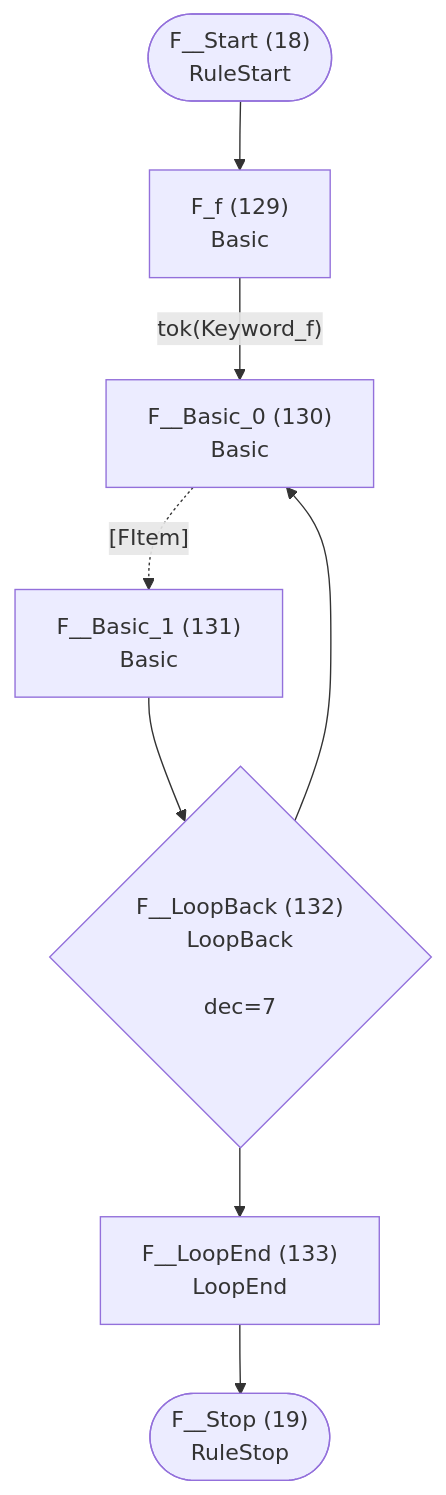
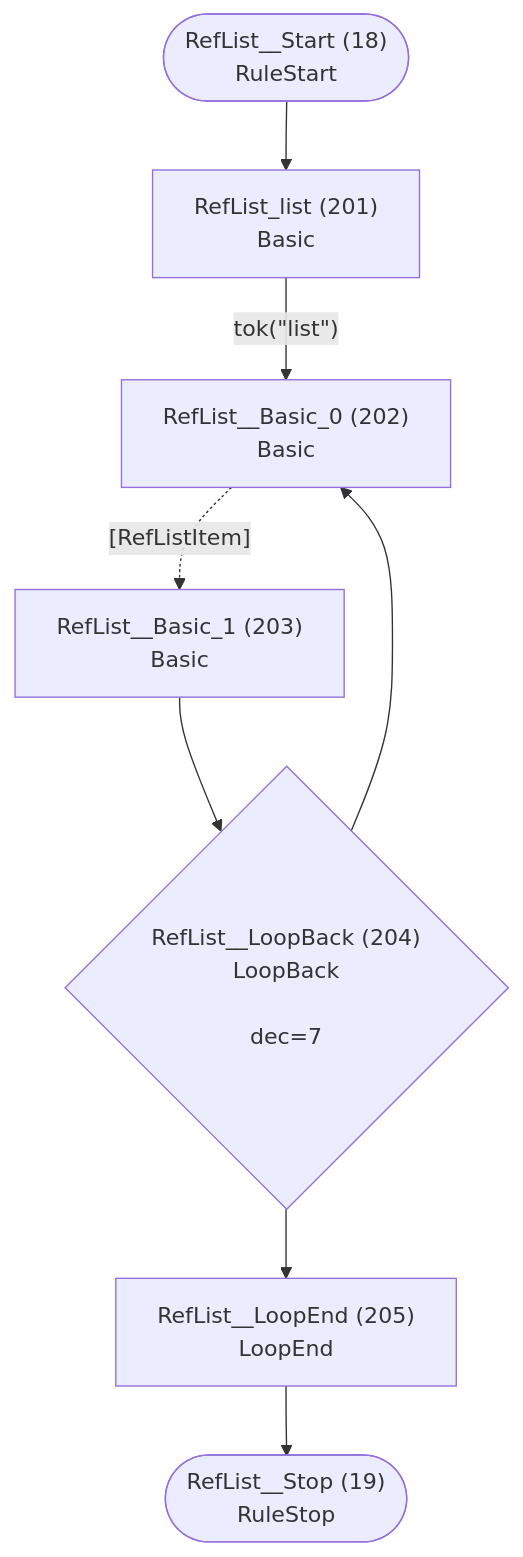
One commit to TypeFox/fastbelt changed the tenth of 46 diagrams in internal/languages/completion/atn.md. Above: the diagram before and after it, drawn with Mermaid. The commit also changed other lines of this file and 58 other files, not shown here.

````diff
--- a/internal/languages/completion/atn.md
+++ b/internal/languages/completion/atn.md
@@ -282,18 +347,18 @@
 ```mermaid
 flowchart TD
-    q18(["F__Start (18)<br/>RuleStart"])
-    q19(["F__Stop (19)<br/>RuleStop"])
-    q129["F_f (129)<br/>Basic<br/>"]
-    q130["F__Basic_0 (130)<br/>Basic<br/>"]
-    q131["F__Basic_1 (131)<br/>Basic<br/>"]
-    q132{"F__LoopBack (132)<br/>LoopBack<br/><br/>dec=7"}
-    q133["F__LoopEnd (133)<br/>LoopEnd<br/>"]
+    q18(["RefList__Start (18)<br/>RuleStart"])
+    q19(["RefList__Stop (19)<br/>RuleStop"])
+    q201["RefList_list (201)<br/>Basic<br/>"]
+    q202["RefList__Basic_0 (202)<br/>Basic<br/>"]
+    q203["RefList__Basic_1 (203)<br/>Basic<br/>"]
+    q204{"RefList__LoopBack (204)<br/>LoopBack<br/><br/>dec=7"}
+    q205["RefList__LoopEnd (205)<br/>LoopEnd<br/>"]
 
-    q18 --> q129
-    q129 -->|"tok(Keyword_f)"| q130
-    q130 -.->|"[FItem]"| q131
-    q131 --> q132
-    q132 --> q130
-    q132 --> q133
-    q133 --> q19
+    q18 --> q201
+    q201 -->|"tok(&quot;list&quot;)"| q202
+    q202 -.->|"[RefListItem]"| q203
+    q203 --> q204
+    q204 --> q202
+    q204 --> q205
+    q205 --> q19
 ```
````
